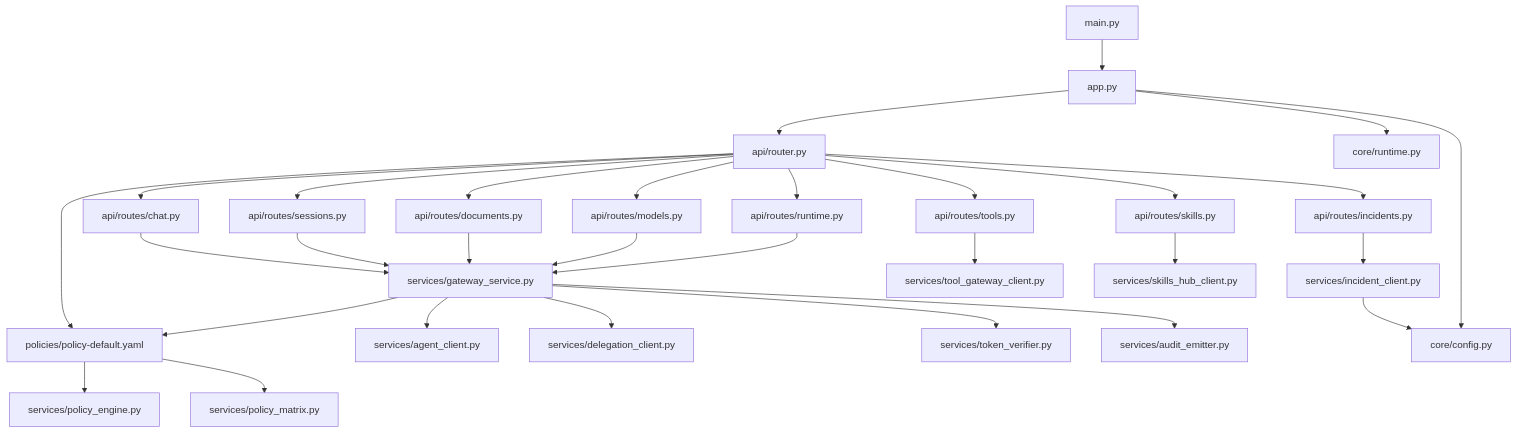
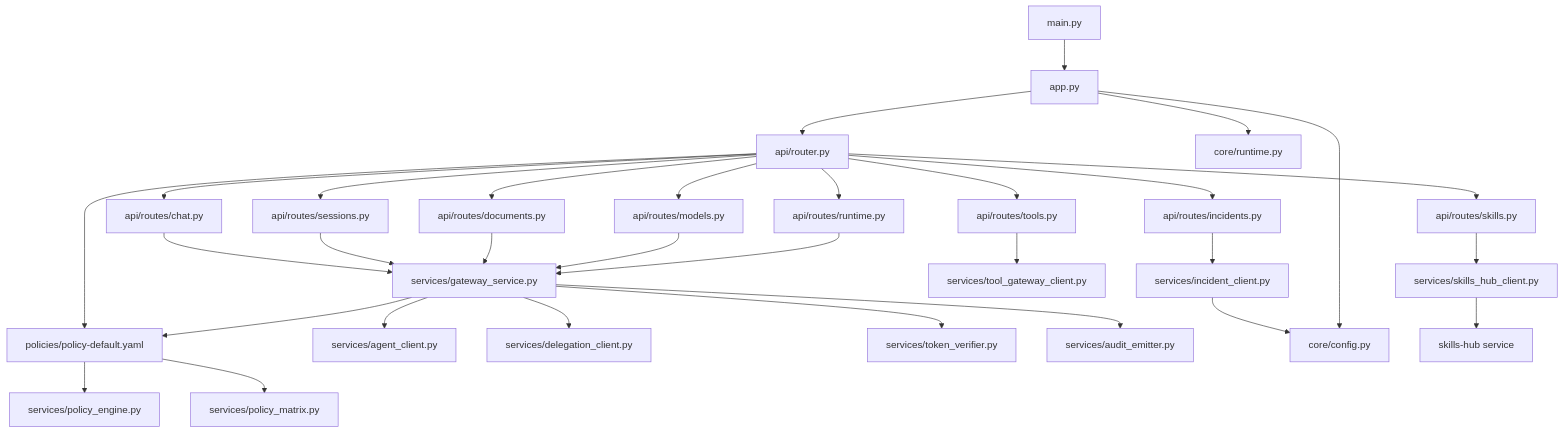
Before and after one commit to metasync/luban-aiops: diagram 17 of 17 in .qoder/repowiki/en/content/Architecture Documentation/Platform Gateway Service.md, drawn with Mermaid. The commit also changed other lines of this file and 7 other files, not shown here.

````diff
--- a/.qoder/repowiki/en/content/Architecture Documentation/Platform Gateway Service.md
+++ b/.qoder/repowiki/en/content/Architecture Documentation/Platform Gateway Service.md
@@ -1072,32 +1152,33 @@
 ```mermaid
 graph TB
 Main["main.py"] --> App["app.py"]
 App --> Router["api/router.py"]
 Router --> Chat["api/routes/chat.py"]
 Router --> Sessions["api/routes/sessions.py"]
 Router --> Documents["api/routes/documents.py"]
 Router --> Incidents["api/routes/incidents.py"]
 Router --> Policy["api/routes/policy.py"]
 Router --> Tools["api/routes/tools.py"]
 Router --> Skills["api/routes/skills.py"]
 Router --> Models["api/routes/models.py"]
 Router --> Runtime["api/routes/runtime.py"]
 Chat --> GwSvc["services/gateway_service.py"]
 Sessions --> GwSvc
 Documents --> GwSvc
 Incidents --> IncClient["services/incident_client.py"]
 Policy --> PolEngine["services/policy_engine.py"]
 Policy --> PolMatrix["services/policy_matrix.py"]
 Tools --> TgClient["services/tool_gateway_client.py"]
 Skills --> ShClient["services/skills_hub_client.py"]
 Models --> GwSvc
 Runtime --> GwSvc
 GwSvc --> Agent["services/agent_client.py"]
 GwSvc --> Deleg["services/delegation_client.py"]
 GwSvc --> Verify["services/token_verifier.py"]
 GwSvc --> Policy["policies/policy-default.yaml"]
 GwSvc --> Audit["services/audit_emitter.py"]
 IncClient --> Config["core/config.py"]
 App --> Config
 App --> RuntimeSettings["core/runtime.py"]
+ShClient --> SkillsHub["skills-hub service"]
 ```
````
